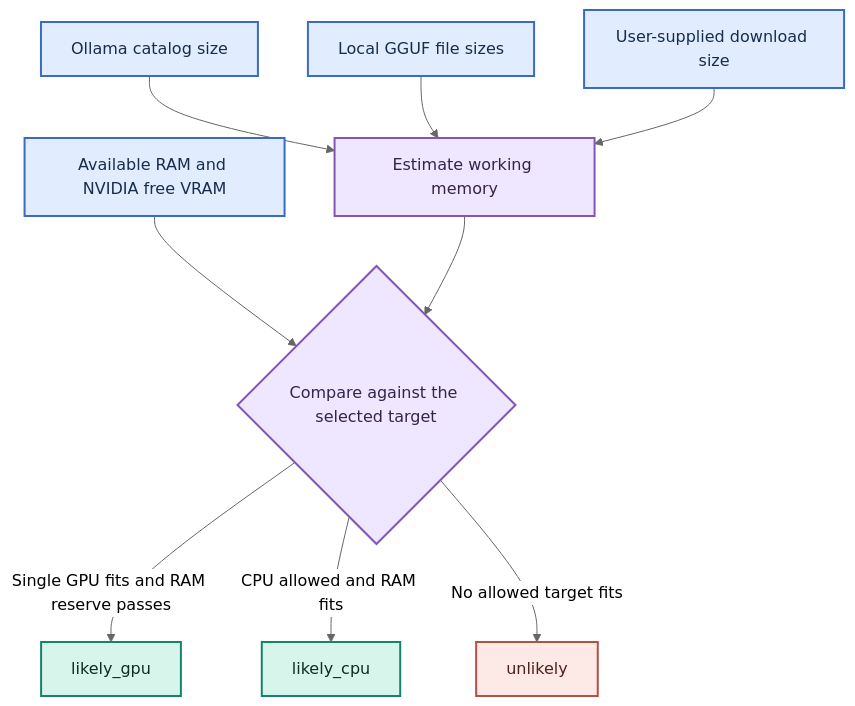
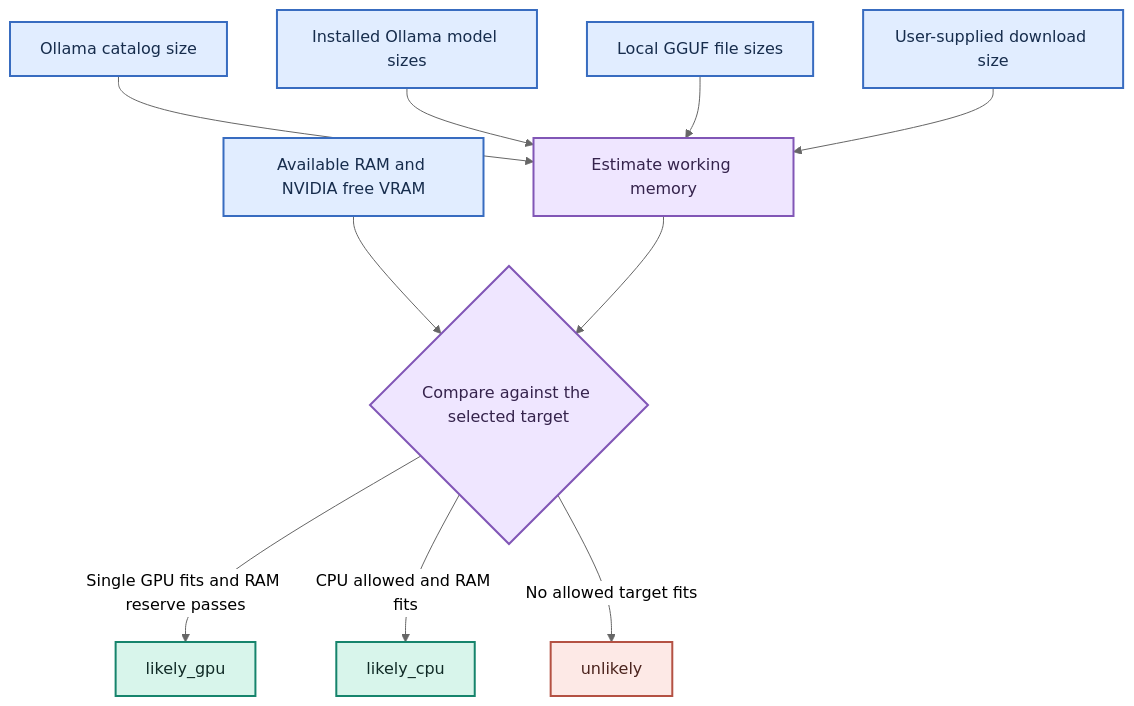
Before and after one commit to Dhruvkp07/ModelFit: the diagram in README.md, drawn with Mermaid (neutral theme). The commit also changed other lines of this file and 5 other files, not shown here.

Commit message:
Estimate memory fit for installed Ollama models

```diff
--- a/README.md
+++ b/README.md
@@ -62,19 +77,20 @@
 ~~~mermaid
 flowchart TD
   CATALOG["Ollama catalog size"] --> EST["Estimate working memory"]
+  INSTALLED["Installed Ollama model sizes"] --> EST
   GGUF["Local GGUF file sizes"] --> EST
   CUSTOM["User-supplied download size"] --> EST
   HW["Available RAM and NVIDIA free VRAM"] --> FIT{"Compare against the selected target"}
   EST --> FIT
   FIT -->|Single GPU fits and RAM reserve passes| GPU["likely_gpu"]
   FIT -->|CPU allowed and RAM fits| CPU["likely_cpu"]
   FIT -->|No allowed target fits| MISS["unlikely"]
   classDef source fill:#e1edff,stroke:#386cc0,color:#172d4d,stroke-width:2px
   classDef process fill:#efe6ff,stroke:#8156b6,color:#35234c,stroke-width:2px
   classDef good fill:#d8f5eb,stroke:#16846c,color:#102a26,stroke-width:2px
   classDef shortfall fill:#fde9e6,stroke:#b45143,color:#4b231d,stroke-width:2px
-  class CATALOG,GGUF,CUSTOM,HW source
+  class CATALOG,INSTALLED,GGUF,CUSTOM,HW source
   class EST,FIT process
   class GPU,CPU good
   class MISS shortfall
 ~~~
```
